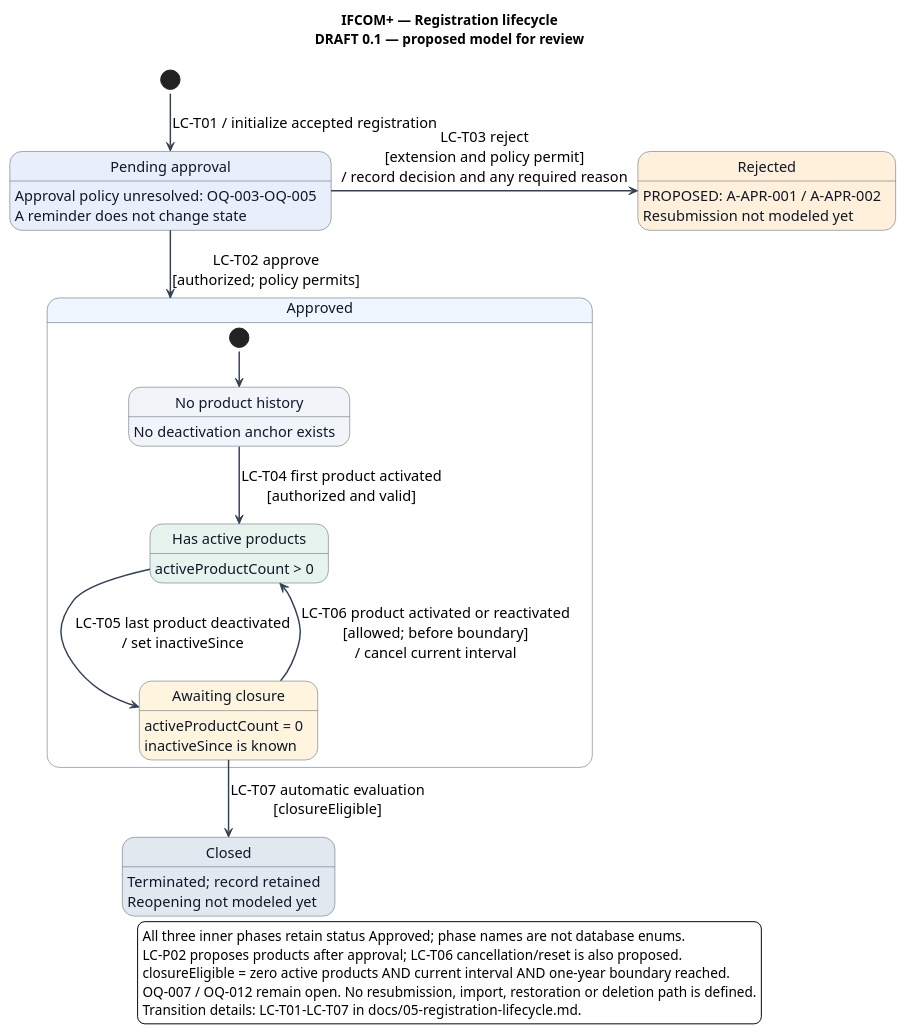
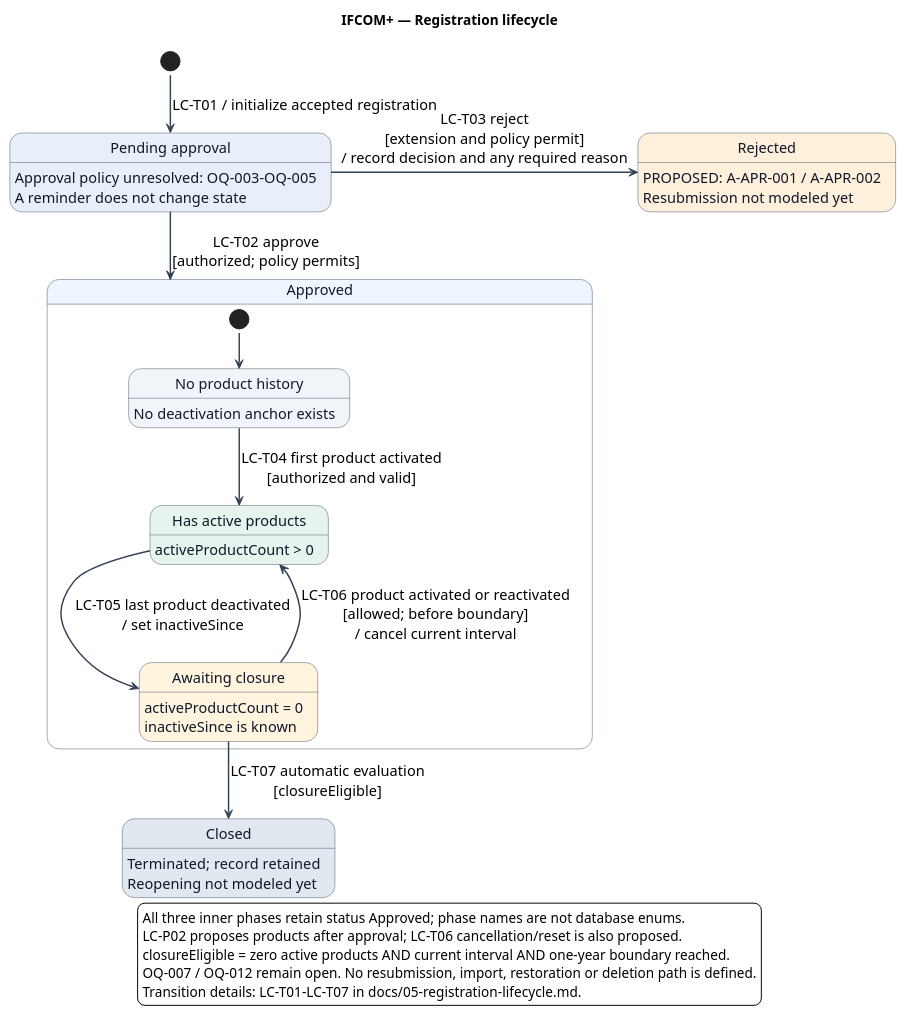
The diagram in diagrams/client-registration-lifecycle.puml (oleksiikim127-parzival/InsuCorp-IFCOM-Enterprise-Insurance-CRM-Modernization), drawn with PlantUML before and after one commit. The commit also changed 4 other files, not shown here.

Commit message:
docs: remove lifecycle draft labels and publish portfolio version 1.0

```diff
--- a/diagrams/client-registration-lifecycle.puml
+++ b/diagrams/client-registration-lifecycle.puml
@@ -1,62 +1,62 @@
 @startuml
 !pragma layout smetana
-title IFCOM+ — Registration lifecycle\nDRAFT 0.1 — proposed model for review
+title IFCOM+ — Registration lifecycle
 
 skinparam backgroundColor #FFFFFF
 skinparam shadowing false
 skinparam defaultFontName SansSerif
 skinparam defaultFontSize 15
 skinparam ArrowColor #334155
 skinparam ArrowThickness 1.5
 skinparam state {
   BackgroundColor #F8FAFC
   BorderColor #475569
   FontColor #0F172A
   RoundCorner 18
   StartColor #0F172A
 }
 skinparam note {
   BackgroundColor #FFFBEB
   BorderColor #D4A64B
   FontColor #44351A
 }
 hide empty description
 
 state "Pending approval" as Pending #E8EFFA
 state "Rejected" as Rejected #FFF0DB
 state "Approved" as Approved #EFF6FF {
   state "No product history" as NoProducts #F1F5F9
   state "Has active products" as ActiveProducts #E7F4ED
   state "Awaiting closure" as Waiting #FFF5DE
 
   [*] --> NoProducts
   NoProducts -down-> ActiveProducts : LC-T04 first product activated\n[authorized and valid]
   ActiveProducts -down-> Waiting : LC-T05 last product deactivated\n/ set inactiveSince
   Waiting --> ActiveProducts : LC-T06 product activated or reactivated\n[allowed; before boundary]\n/ cancel current interval
 
   NoProducts : No deactivation anchor exists
   ActiveProducts : activeProductCount > 0
   Waiting : activeProductCount = 0
   Waiting : inactiveSince is known
 }
 state "Closed" as Closed #E2E8F0
 Pending : Approval policy unresolved: OQ-003–OQ-005
 Pending : A reminder does not change state
 Rejected : PROPOSED: A-APR-001 / A-APR-002
 Rejected : Resubmission not modeled yet
 Closed : Terminated; record retained
 Closed : Reopening not modeled yet
 
 [*] --> Pending : LC-T01 / initialize accepted registration
 Pending -down-> Approved : LC-T02 approve\n[authorized; policy permits]
 Pending -right-> Rejected : LC-T03 reject\n[extension and policy permit]\n/ record decision and any required reason
 Waiting -down-> Closed : LC-T07 automatic evaluation\n[closureEligible]
 
 legend bottom
   All three inner phases retain status Approved; phase names are not database enums.
   LC-P02 proposes products after approval; LC-T06 cancellation/reset is also proposed.
   closureEligible = zero active products AND current interval AND one-year boundary reached.
   OQ-007 / OQ-012 remain open. No resubmission, import, restoration or deletion path is defined.
   Transition details: LC-T01–LC-T07 in docs/05-registration-lifecycle.md.
 endlegend
 @enduml
```
